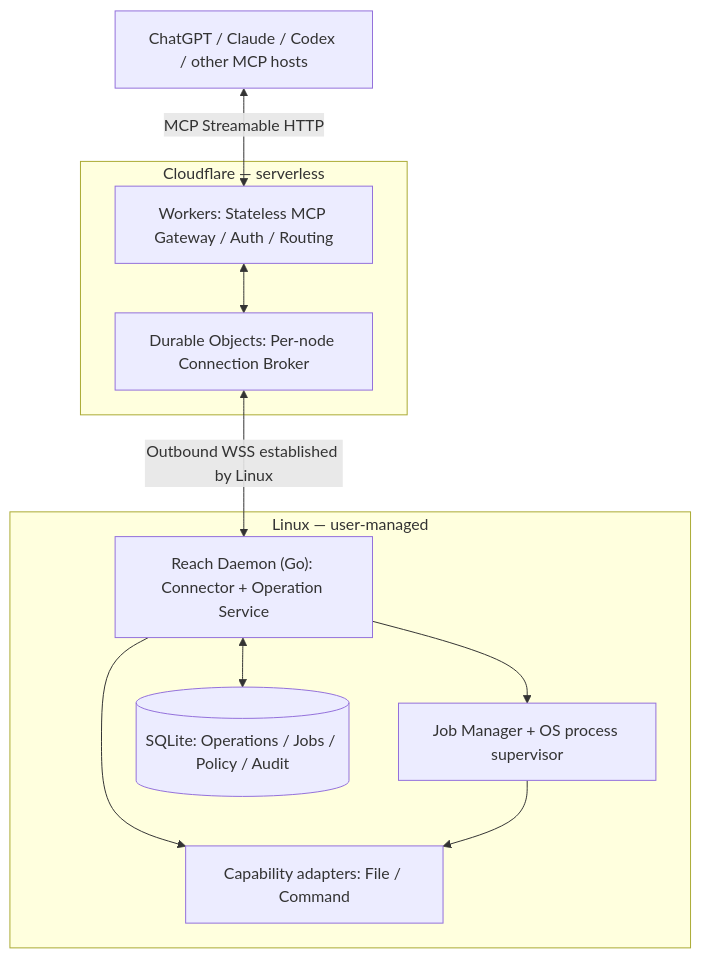
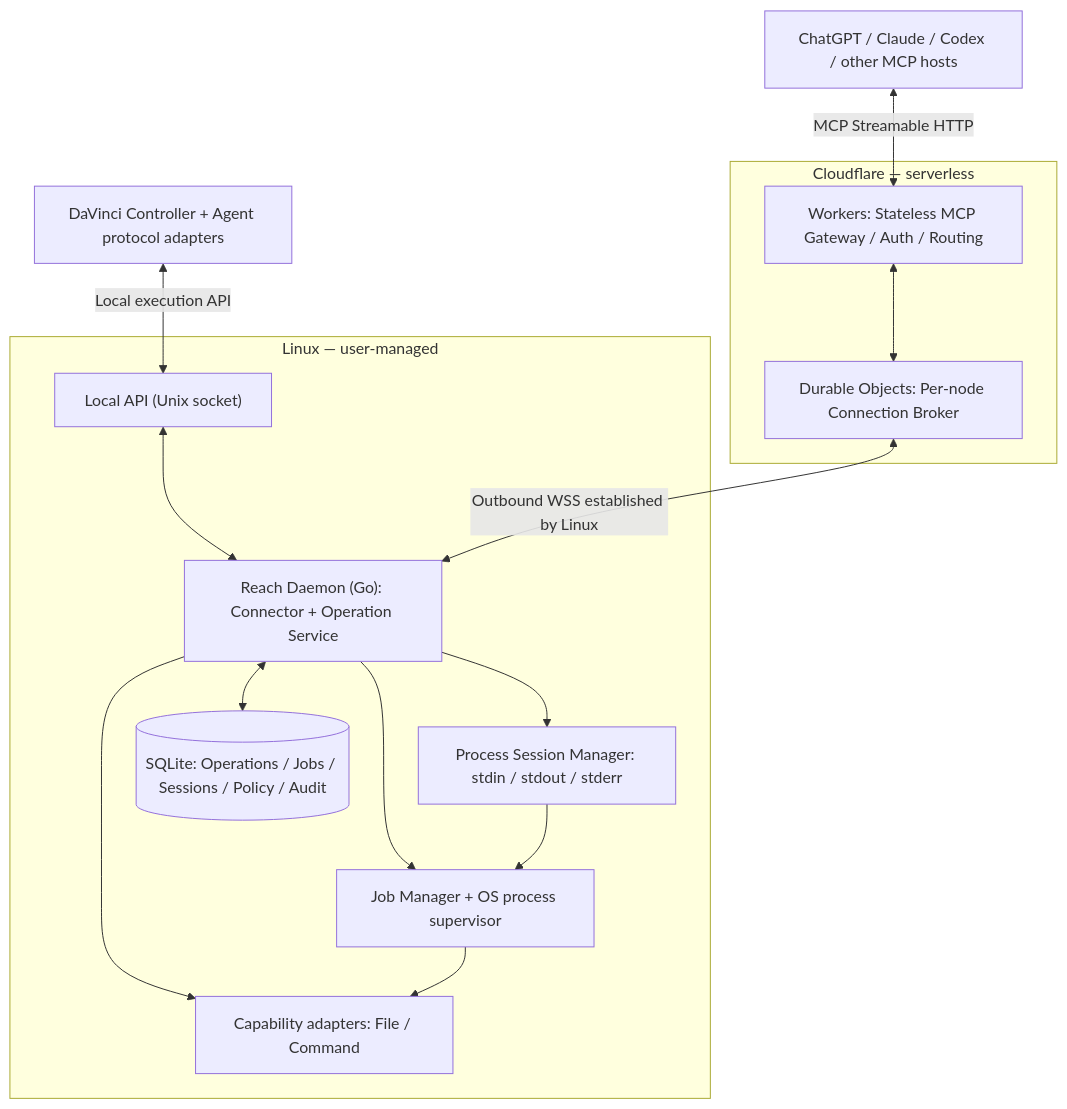
The first of 2 diagrams in ARCHITECTURE.md (takezoh/syntoria-reach), drawn with Mermaid before and after one commit. The commit also changed other lines of this file and 3 other files, not shown here.

Commit message:
docs: make Reach the execution runtime for DaVinci

```diff
--- a/ARCHITECTURE.md
+++ b/ARCHITECTURE.md
@@ -25,21 +29,28 @@
 ~~~mermaid
 flowchart TB
     Clients["ChatGPT / Claude / Codex / other MCP hosts"]
+    DaVinci["DaVinci Controller + Agent protocol adapters"]
     subgraph CF["Cloudflare — serverless"]
         GW["Workers: Stateless MCP Gateway / Auth / Routing"]
         BR["Durable Objects: Per-node Connection Broker"]
         GW <--> BR
     end
     subgraph Host["Linux — user-managed"]
         REACH["Reach Daemon (Go): Connector + Operation Service"]
+        LOCAL["Local API (Unix socket)"]
         CAP["Capability adapters: File / Command"]
+        PROC["Process Session Manager: stdin / stdout / stderr"]
         JOB["Job Manager + OS process supervisor"]
-        ST[("SQLite: Operations / Jobs / Policy / Audit")]
+        ST[("SQLite: Operations / Jobs / Sessions / Policy / Audit")]
+        LOCAL <--> REACH
         REACH --> CAP
         REACH --> JOB
+        REACH --> PROC
         REACH <--> ST
+        PROC --> JOB
         JOB --> CAP
     end
     Clients <-->|"MCP Streamable HTTP"| GW
     BR <-->|"Outbound WSS established by Linux"| REACH
+    DaVinci <-->|"Local execution API"| LOCAL
 ~~~
```
